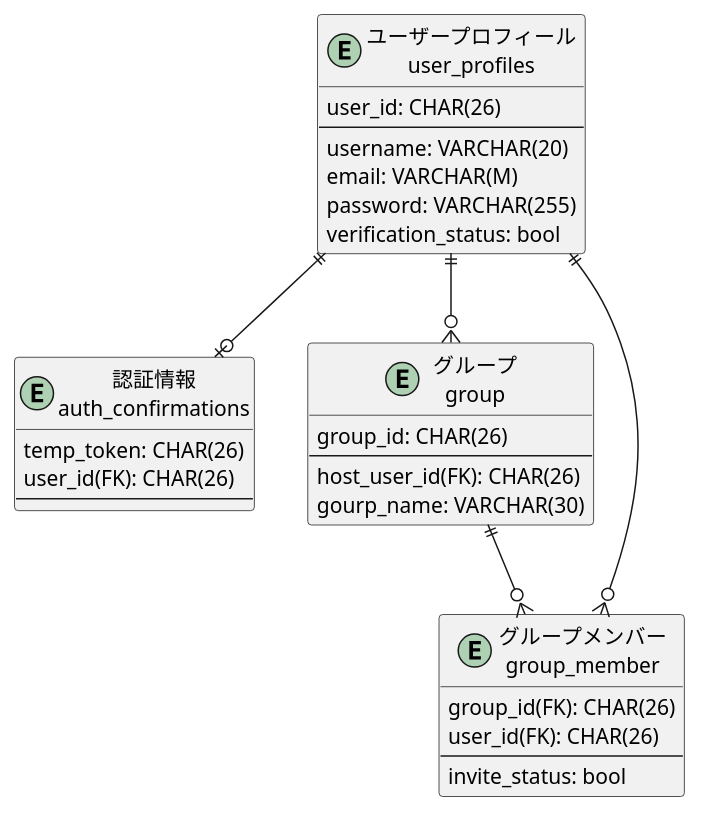
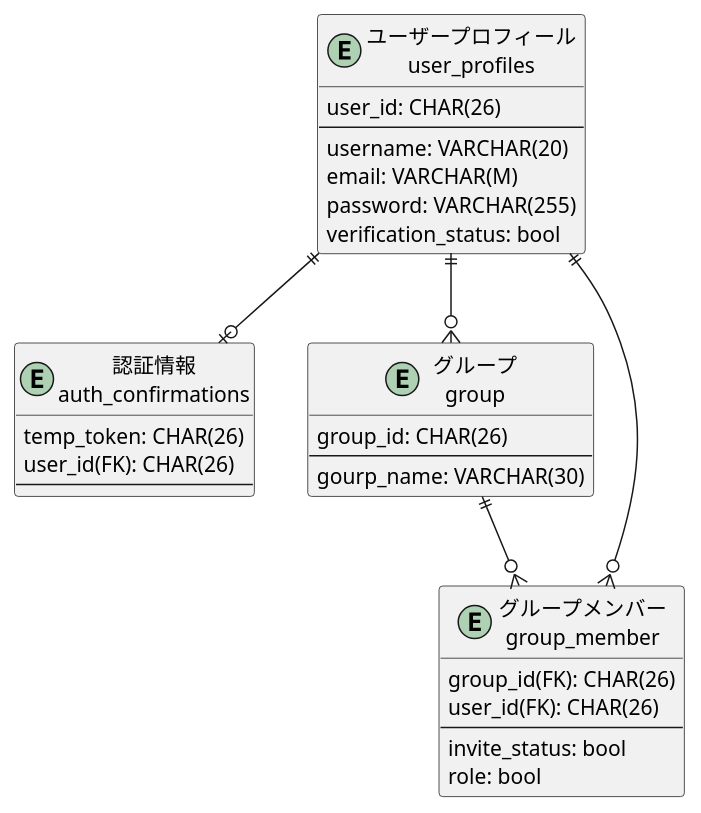
The diagram in modelingDiagram/ERDiagram/identityManagement.pu (h-maki2/identityAccess), drawn with PlantUML before and after one commit. The commit also changed 4 other files, not shown here.

```diff
--- a/modelingDiagram/ERDiagram/identityManagement.pu
+++ b/modelingDiagram/ERDiagram/identityManagement.pu
@@ -1,37 +1,37 @@
 @startuml identityManagement
 
 entity "ユーザープロフィール\nuser_profiles" as user_profiles {
     user_id: CHAR(26)
     --
     username: VARCHAR(20)
     email: VARCHAR(M)
     password: VARCHAR(255)
     verification_status: bool
 }
 
 entity "認証情報\nauth_confirmations" as auth_confirmations {
     temp_token: CHAR(26)
     user_id(FK): CHAR(26)
     --
 }
 
 entity "グループ\ngroup" as group {
     group_id: CHAR(26)
     --
-    host_user_id(FK): CHAR(26)
     gourp_name: VARCHAR(30)
 }
 
 entity "グループメンバー\ngroup_member" as group_member {
     group_id(FK): CHAR(26)
     user_id(FK): CHAR(26)
     --
     invite_status: bool
+    role: bool
 }
 
 user_profiles ||--o| auth_confirmations
 user_profiles ||--o{ group
 group ||--o{ group_member
 user_profiles ||--o{ group_member
 
 @enduml
```
